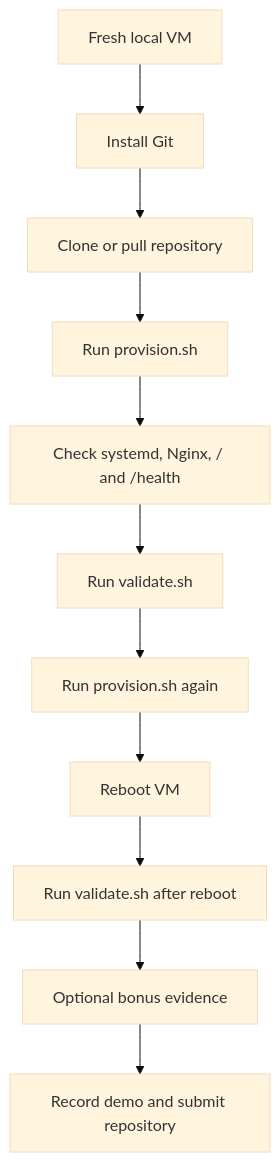
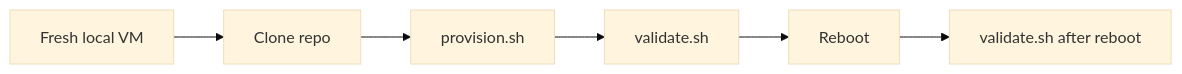
The second of 2 diagrams in README.md (Ypsh2304/linux-infra-intern-lab), drawn with Mermaid (base theme) before and after one commit. The commit also changed other lines of this file, not shown here.

````diff
--- a/README.md
+++ b/README.md
@@ -47,13 +36,8 @@
 ```mermaid
-flowchart TD
-    Fresh["Fresh local VM"] --> Git["Install Git"]
-    Git --> Repo["Clone or pull repository"]
-    Repo --> ProvisionRun["Run provision.sh"]
-    ProvisionRun --> ServiceProof["Check systemd, Nginx, / and /health"]
-    ServiceProof --> ValidateRun["Run validate.sh"]
-    ValidateRun --> SecondRun["Run provision.sh again"]
-    SecondRun --> Reboot["Reboot VM"]
-    Reboot --> FinalValidate["Run validate.sh after reboot"]
-    FinalValidate --> Bonus["Optional bonus evidence"]
-    Bonus --> Submit["Record demo and submit repository"]
+flowchart LR
+    VM["Fresh local VM"] --> Repo["Clone repo"]
+    Repo --> Provision["provision.sh"]
+    Provision --> Check["validate.sh"]
+    Check --> Reboot["Reboot"]
+    Reboot --> Final["validate.sh after reboot"]
 ```
````
